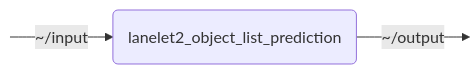
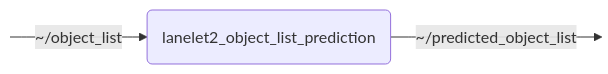
One commit to openads-project/lanelet2_object_list_prediction changed the diagram in lanelet2_object_list_prediction/README.md. Above: the diagram before and after it, drawn with Mermaid. The commit also changed other lines of this file and 5 other files, not shown here.

````diff
--- a/lanelet2_object_list_prediction/README.md
+++ b/lanelet2_object_list_prediction/README.md
@@ -18,7 +18,7 @@
 ```mermaid
 flowchart LR
     NODE("lanelet2_object_list_prediction")
-    S0:::hidden -->|~/input| NODE
-    NODE -->|~/output| P0:::hidden
+    S0:::hidden -->|~/object_list| NODE
+    NODE -->|~/predicted_object_list| P0:::hidden
     classDef hidden display: none;
 ```
````
